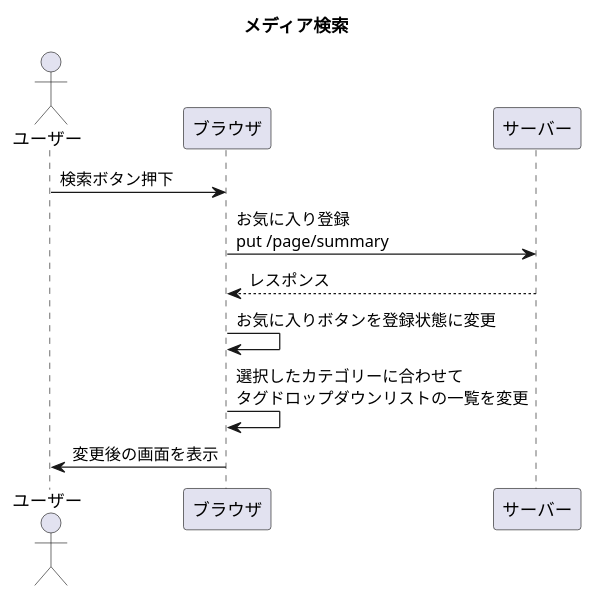
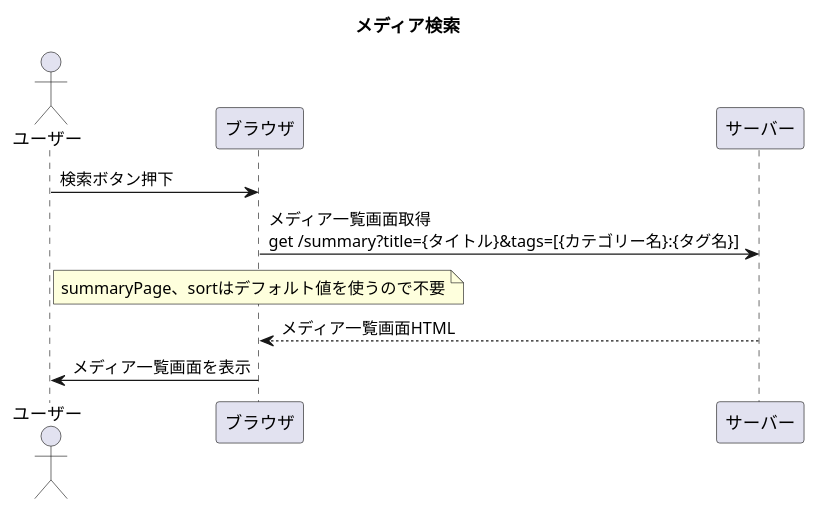
One commit to hachimitu22/MangaViewer changed the diagram in doc/3_screens/pages/検索条件入力/sequence/メディア検索.puml. Above: the diagram before and after it, drawn with PlantUML. The commit also changed 31 other files, not shown here.

```diff
--- a/doc/3_screens/pages/検索条件入力/sequence/メディア検索.puml
+++ b/doc/3_screens/pages/検索条件入力/sequence/メディア検索.puml
@@ -1,17 +1,17 @@
 @startuml
 
 title メディア検索
 
 actor ユーザー
 participant ブラウザ
 
 ユーザー -> ブラウザ: 検索ボタン押下
 
-ブラウザ -> サーバー: お気に入り登録\nput /page/summary
-ブラウザ <-- サーバー: レスポンス
-ブラウザ -> ブラウザ: お気に入りボタンを登録状態に変更
-
-ブラウザ -> ブラウザ: 選択したカテゴリーに合わせて\nタグドロップダウンリストの一覧を変更
-ユーザー <- ブラウザ: 変更後の画面を表示
+ブラウザ -> サーバー: メディア一覧画面取得\nget /summary?title={タイトル}&tags=[{カテゴリー名}:{タグ名}]
+note over ブラウザ
+    summaryPage、sortはデフォルト値を使うので不要
+end note
+ブラウザ <-- サーバー: メディア一覧画面HTML
+ユーザー <- ブラウザ: メディア一覧画面を表示
 
 @enduml
```
